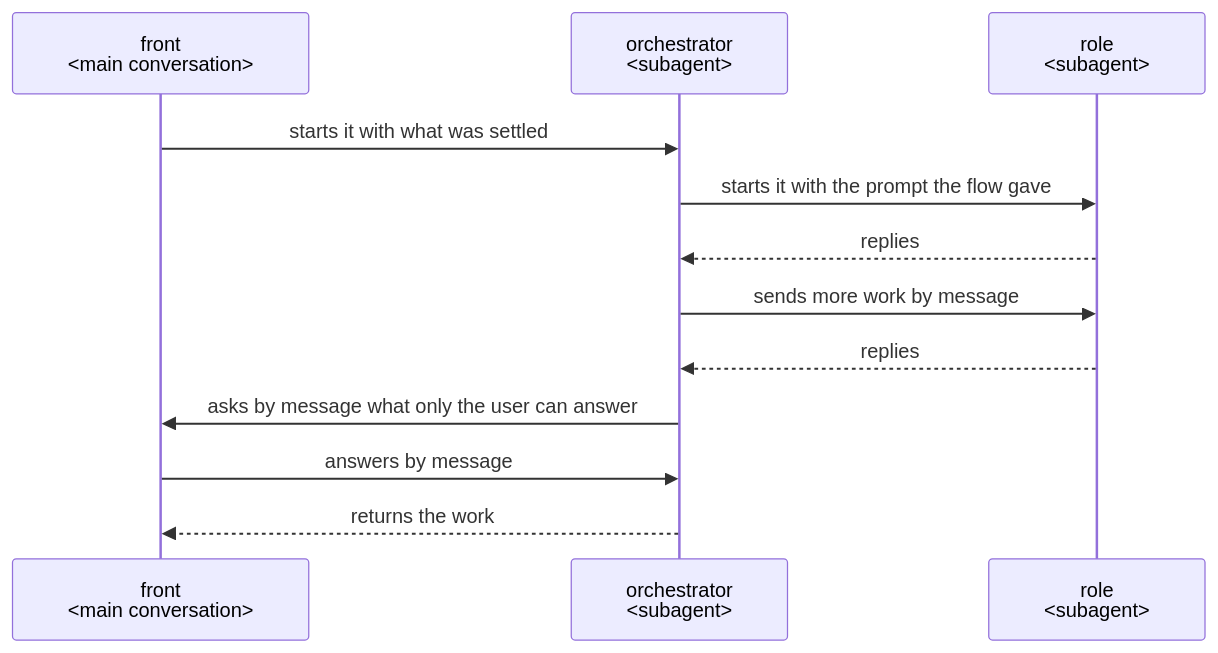
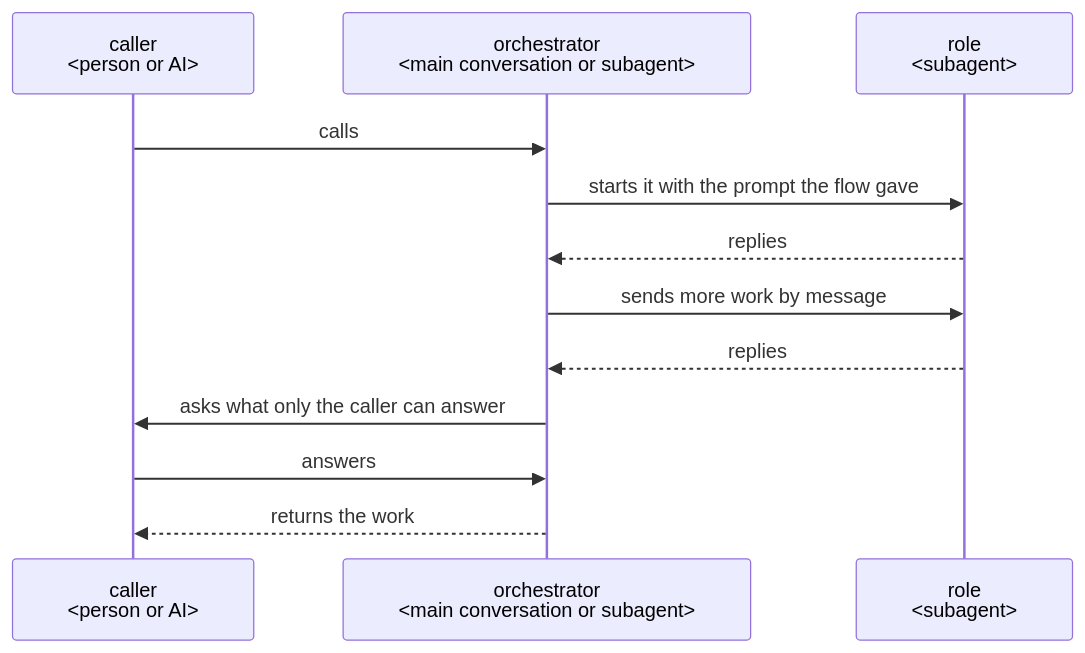
The second of 2 diagrams in dev/architecture.md (lovaizu/ccpm), drawn with Mermaid before and after one commit. The commit also changed other lines of this file and 1 other file, not shown here.

First line of the commit message:
How a plugin works: no front, the orchestrator holding the whole and deciding, in the main conversation for a plugin a person calls and a subagent for one an AI calls; the flow keeps the run and refuses a move against its rules, kept once in lane

````diff
--- a/dev/architecture.md
+++ b/dev/architecture.md
@@ -96,14 +95,14 @@
 ```mermaid
 sequenceDiagram
-  participant M as front<br/>#lt;main conversation#gt;
-  participant O as orchestrator<br/>#lt;subagent#gt;
+  participant C as caller<br/>#lt;person or AI#gt;
+  participant O as orchestrator<br/>#lt;main conversation or subagent#gt;
   participant R as role<br/>#lt;subagent#gt;
-  M->>O: starts it with what was settled
+  C->>O: calls
   O->>R: starts it with the prompt the flow gave
   R-->>O: replies
   O->>R: sends more work by message
   R-->>O: replies
-  O->>M: asks by message what only the user can answer
-  M->>O: answers by message
-  O-->>M: returns the work
+  O->>C: asks what only the caller can answer
+  C->>O: answers
+  O-->>C: returns the work
 ```
````
